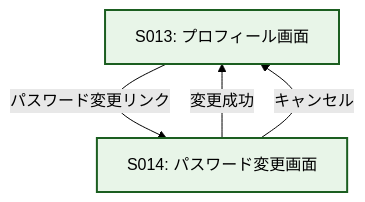
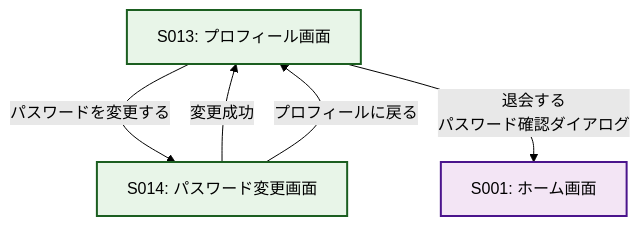
One commit to taichi0373/kumamoto-henno-map changed the fifth of 8 diagrams in docs/02_functions/screen_flow.md. Above: the diagram before and after it, drawn with Mermaid (forest theme). The commit also changed other lines of this file and 26 other files, not shown here.

````diff
--- a/docs/02_functions/screen_flow.md
+++ b/docs/02_functions/screen_flow.md
@@ -80,9 +116,12 @@
 ```mermaid
 graph TD
-    Profile[S013: プロフィール画面] -- パスワード変更リンク --> ChangePw[S014: パスワード変更画面]
+    Profile[S013: プロフィール画面] -- パスワードを変更する --> ChangePw[S014: パスワード変更画面]
     ChangePw -- 変更成功 --> Profile
-    ChangePw -- キャンセル --> Profile
+    ChangePw -- プロフィールに戻る --> Profile
+    Profile -- 退会する<br/>パスワード確認ダイアログ --> Home[S001: ホーム画面]
 
     classDef userStyle fill:#e8f5e8,stroke:#1b5e20,stroke-width:2px
+    classDef mainStyle fill:#f3e5f5,stroke:#4a148c,stroke-width:2px
     class Profile,ChangePw userStyle
+    class Home mainStyle
 ```
````
